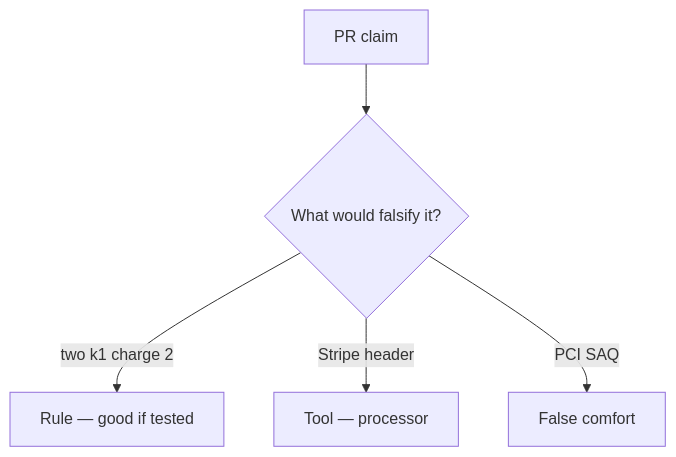
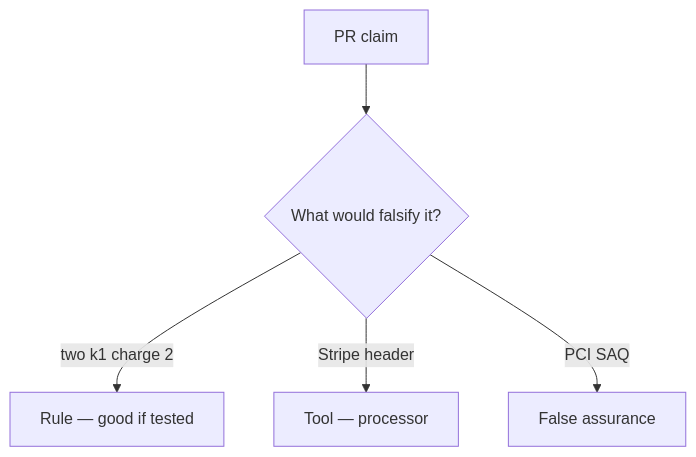
One commit to ishitvagoel/LearnSecurity changed the diagram in content/modules/e/E3/lessons/08-review.md. Above: the diagram before and after it, drawn with Mermaid. The commit also changed other lines of this file and 240 other files, not shown here.

````diff
--- a/content/modules/e/E3/lessons/08-review.md
+++ b/content/modules/e/E3/lessons/08-review.md
@@ -18,7 +18,7 @@
 ```mermaid
 flowchart TD
   Claim[PR claim] --> Q{"What would falsify it?"}
   Q -->|two k1 charge 2| Property["Rule — good if tested"]
   Q -->|Stripe header| Mechanism[Tool — processor]
-  Q -->|PCI SAQ| False[False comfort]
+  Q -->|PCI SAQ| False[False assurance]
 ```
````
